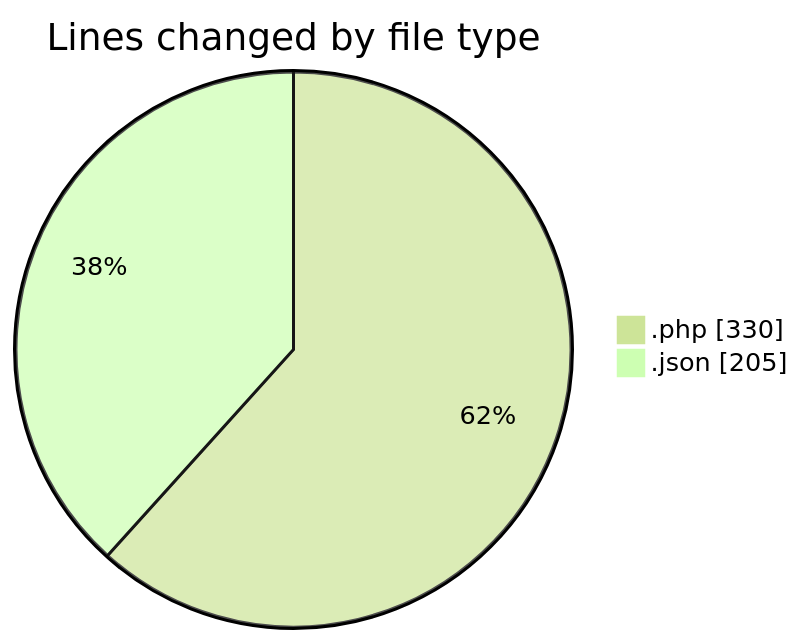
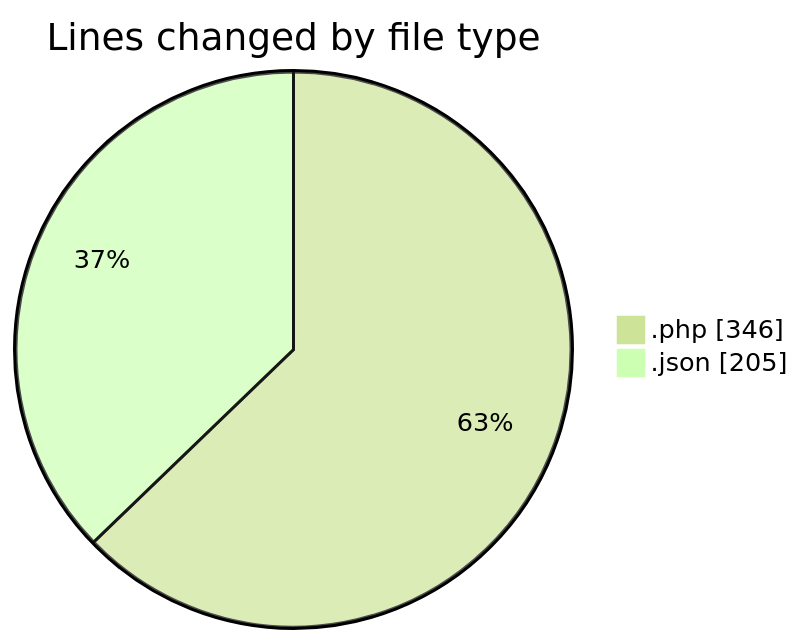
The first of 2 diagrams in 2025-04-13/autodidak/README.md (idhammustaqopulfikri/code-tracking), drawn with Mermaid (forest theme) before and after one commit. The commit also changed other lines of this file and 1 other file, not shown here.

````diff
--- a/2025-04-13/autodidak/README.md
+++ b/2025-04-13/autodidak/README.md
@@ -27,6 +27,6 @@
 ```mermaid
 pie showData
 title Lines changed by file type
-".php" : 330
+".php" : 346
 ".json" : 205
 ```
````
